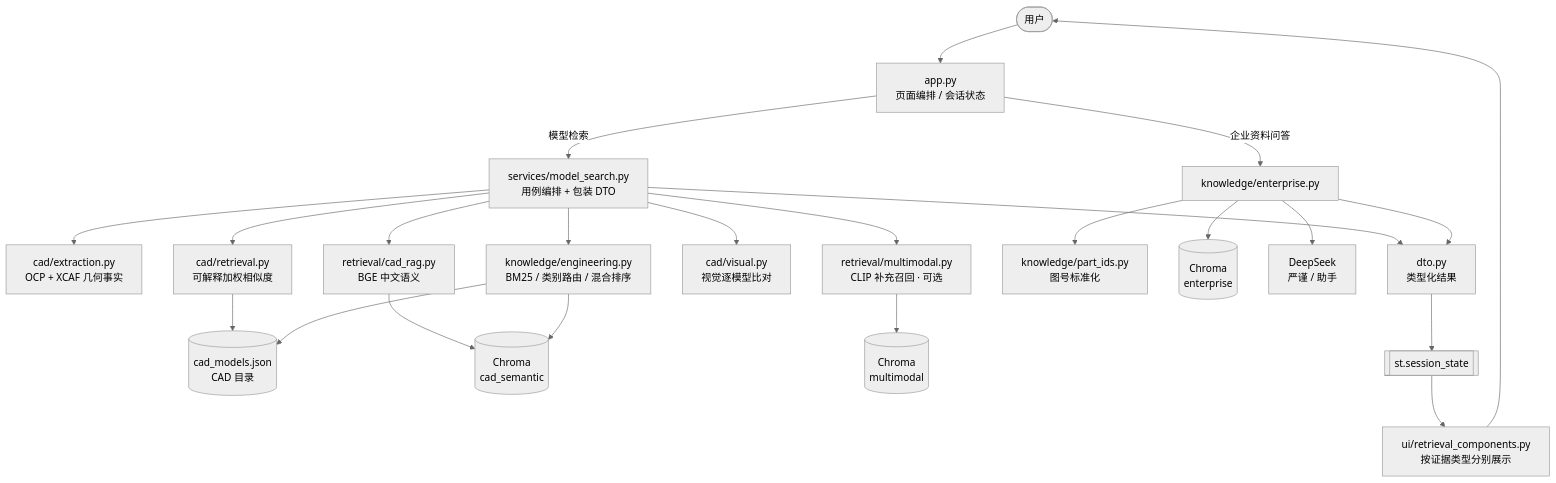
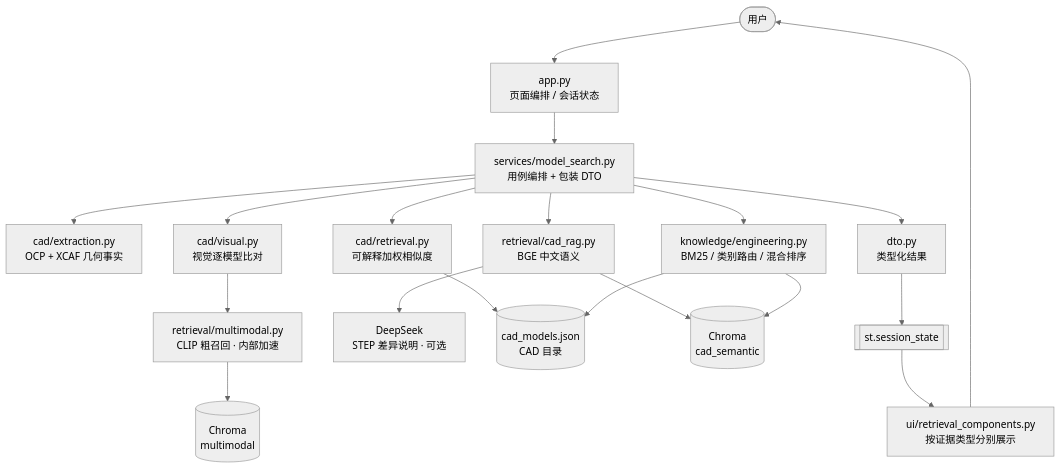
Before and after one commit to Wwz123Abc/machining_unified_ai: the first of 3 diagrams in CLAUDE.md, drawn with Mermaid (neutral theme). The commit also changed other lines of this file and 29 other files, not shown here.

First line of the commit message:
上线前收尾：企业问答移除、图号快速通道、断崖截断、双层磁盘缓存、数据状态面板

````diff
--- a/CLAUDE.md
+++ b/CLAUDE.md
@@ -49,30 +50,25 @@
 ```mermaid
 flowchart TD
     U([用户]) --> APP[app.py<br/>页面编排 / 会话状态]
 
-    APP -->|模型检索| SVC[services/model_search.py<br/>用例编排 + 包装 DTO]
-    APP -->|企业资料问答| ENT[knowledge/enterprise.py]
+    APP --> SVC[services/model_search.py<br/>用例编排 + 包装 DTO]
 
     SVC --> EXT[cad/extraction.py<br/>OCP + XCAF 几何事实]
     SVC --> GEO[cad/retrieval.py<br/>可解释加权相似度]
     SVC --> RAG[retrieval/cad_rag.py<br/>BGE 中文语义]
     SVC --> ENG[knowledge/engineering.py<br/>BM25 / 类别路由 / 混合排序]
     SVC --> VIS[cad/visual.py<br/>视觉逐模型比对]
-    SVC --> MM[retrieval/multimodal.py<br/>CLIP 补充召回 · 可选]
+    VIS --> MM[retrieval/multimodal.py<br/>CLIP 粗召回 · 内部加速]
+    RAG --> LLM[DeepSeek<br/>STEP 差异说明 · 可选]
 
     GEO --> CAT[(cad_models.json<br/>CAD 目录)]
     RAG --> VC[(Chroma<br/>cad_semantic)]
     ENG --> VC
     ENG --> CAT
     MM --> VM[(Chroma<br/>multimodal)]
 
-    ENT --> PID[knowledge/part_ids.py<br/>图号标准化]
-    ENT --> VE[(Chroma<br/>enterprise)]
-    ENT --> LLM[DeepSeek<br/>严谨 / 助手]
-
     SVC --> DTO[dto.py<br/>类型化结果]
-    ENT --> DTO
     DTO --> SS[[st.session_state]]
     SS --> UI[ui/retrieval_components.py<br/>按证据类型分别展示]
     UI --> U
 ```
````
